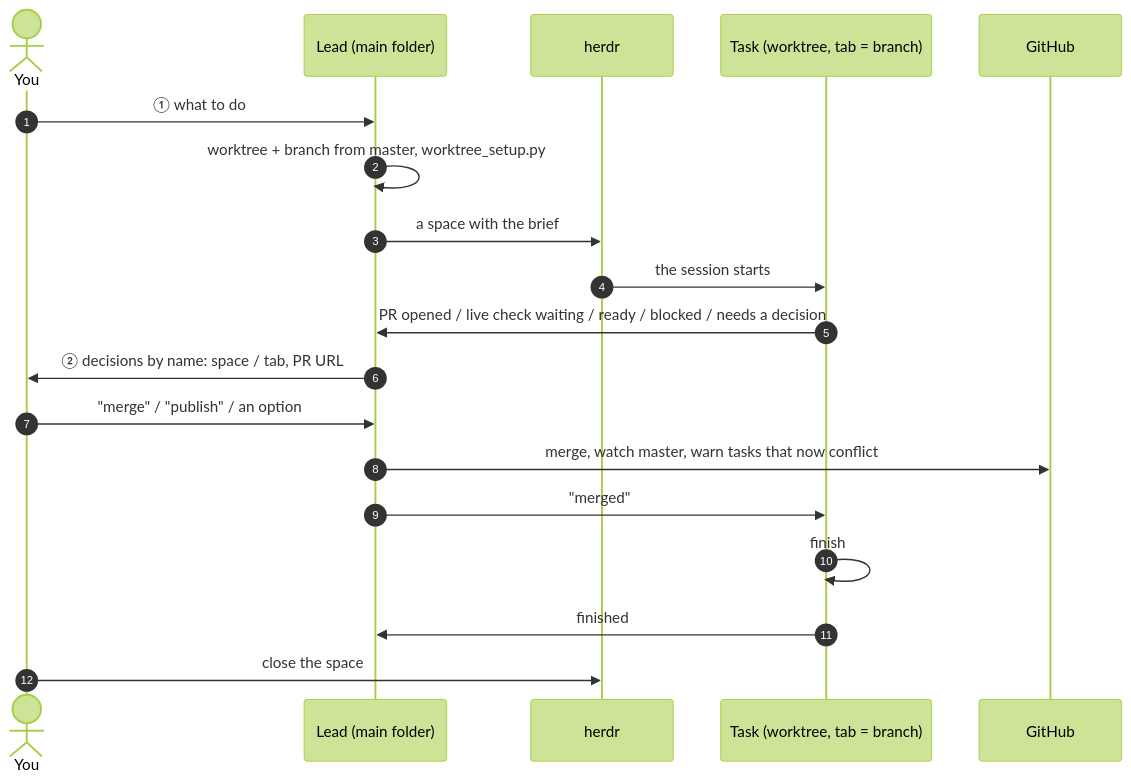
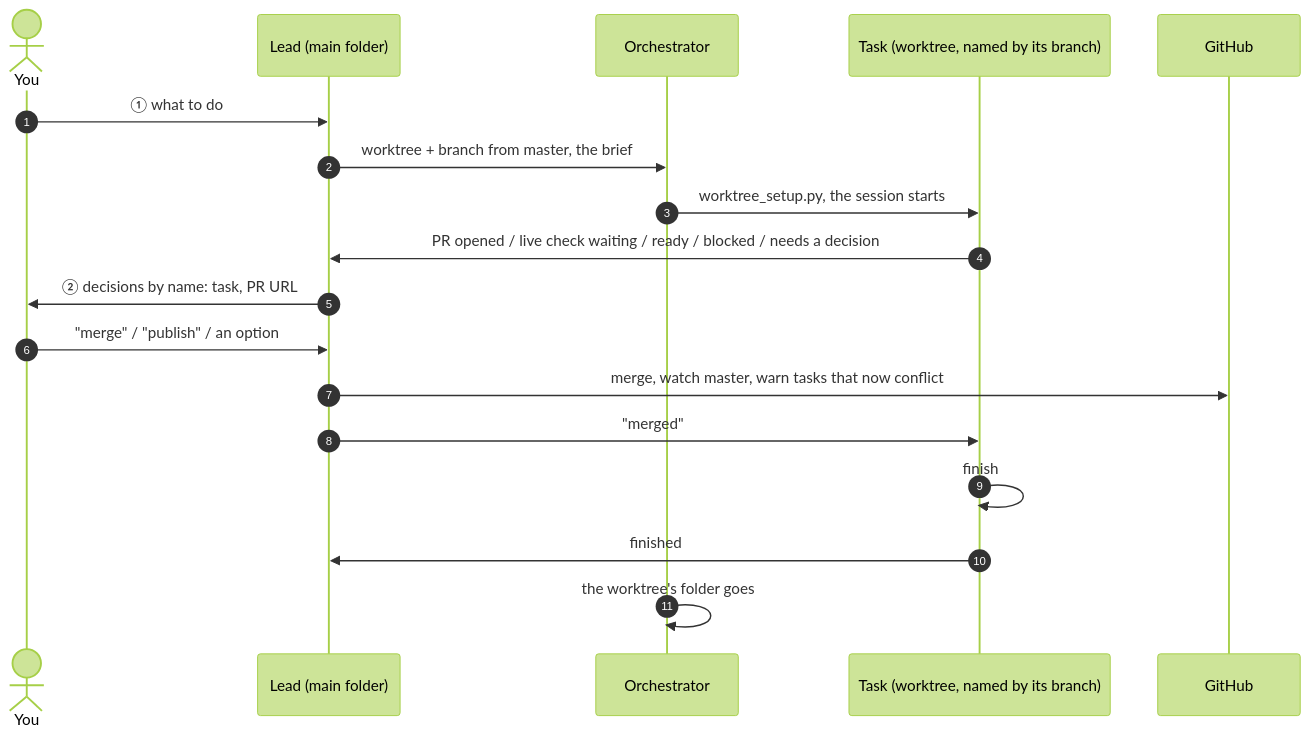
Before and after one commit to going-haywire/haywire: the diagram in docs/collaboration/lead-and-tasks.md, drawn with Mermaid (forest theme). The commit also changed other lines of this file and 25 other files, not shown here.

First line of the commit message:
feat(workflow): orchestrator slots, T3 Code and herdr (S8) (#159)

````diff
--- a/docs/collaboration/lead-and-tasks.md
+++ b/docs/collaboration/lead-and-tasks.md
@@ -19,22 +19,21 @@
 ```mermaid
 sequenceDiagram
     autonumber
     actor You
     participant Lead as Lead (main folder)
-    participant herdr
-    participant Task as Task (worktree, tab = branch)
+    participant Orch as Orchestrator
+    participant Task as Task (worktree, named by its branch)
     participant GH as GitHub
 
     You->>Lead: ① what to do
-    Lead->>Lead: worktree + branch from master, worktree_setup.py
-    Lead->>herdr: a space with the brief
-    herdr->>Task: the session starts
+    Lead->>Orch: worktree + branch from master, the brief
+    Orch->>Task: worktree_setup.py, the session starts
     Task->>Lead: PR opened / live check waiting / ready / blocked / needs a decision
-    Lead->>You: ② decisions by name: space / tab, PR URL
+    Lead->>You: ② decisions by name: task, PR URL
     You->>Lead: "merge" / "publish" / an option
     Lead->>GH: merge, watch master, warn tasks that now conflict
     Lead->>Task: "merged"
     Task->>Task: finish
     Task->>Lead: finished
-    You->>herdr: close the space
+    Orch->>Orch: the worktree's folder goes
 ```
````
